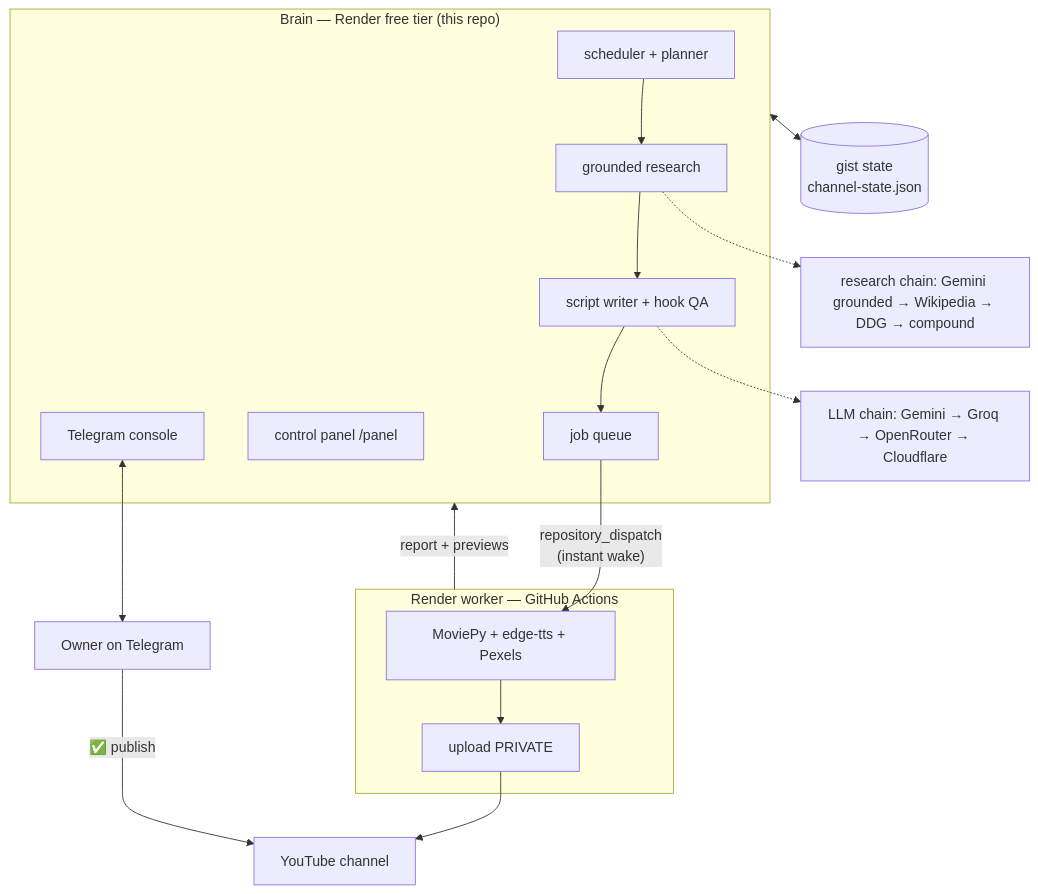
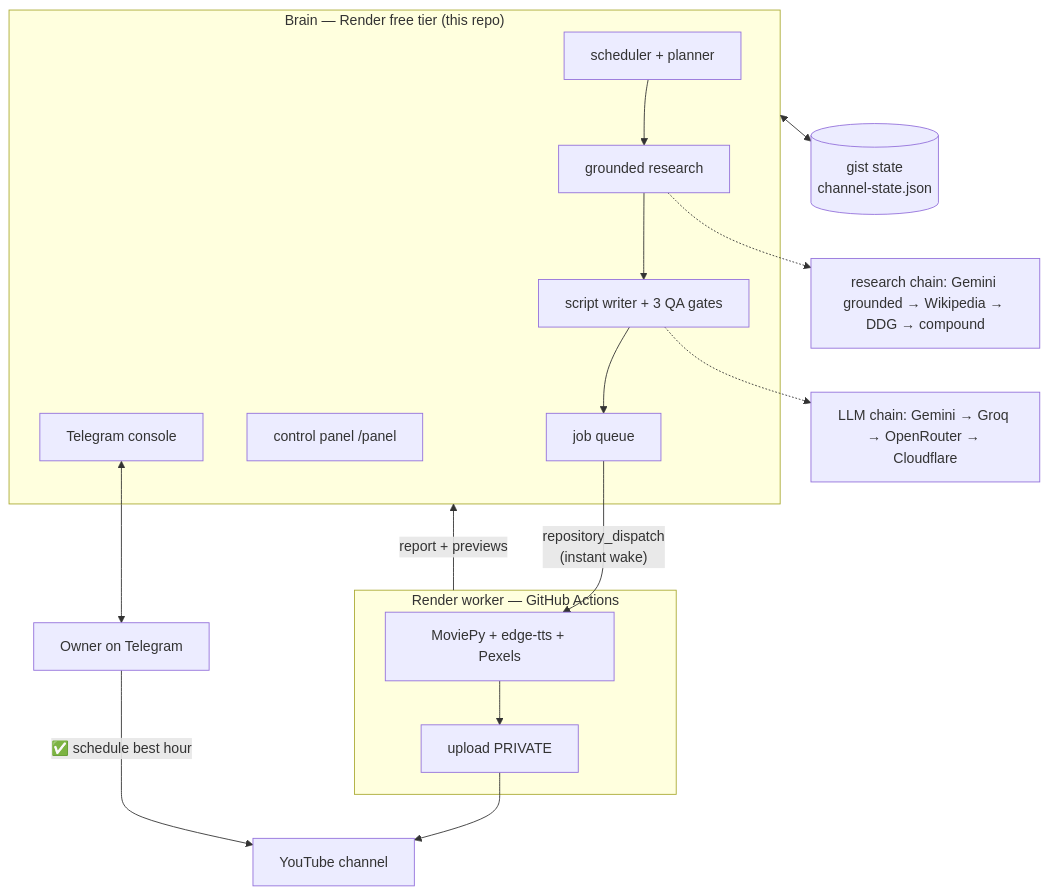
The diagram in README.md (MR-C1/hamres), drawn with Mermaid before and after one commit. The commit also changed other lines of this file and 7 other files, not shown here.

First line of the commit message:
Quality-first: 3 videos/week behind three script gates

````diff
--- a/README.md
+++ b/README.md
@@ -39,30 +50,30 @@
 ```mermaid
 flowchart TD
     subgraph BRAIN["Brain — Render free tier (this repo)"]
         PLAN[scheduler + planner]
         RES[grounded research]
-        SCR[script writer + hook QA]
+        SCR[script writer + 3 QA gates]
         QUEUE[job queue]
         PANEL["control panel /panel"]
         COMMS[Telegram console]
     end
     subgraph WORKER["Render worker — GitHub Actions"]
         REN[MoviePy + edge-tts + Pexels]
         UPL["upload PRIVATE"]
     end
     LLM["LLM chain: Gemini → Groq → OpenRouter → Cloudflare"]
     SRC["research chain: Gemini grounded → Wikipedia → DDG → compound"]
     GIST[("gist state\nchannel-state.json")]
     YT[YouTube channel]
     OWNER[Owner on Telegram]
 
     PLAN --> RES --> SCR --> QUEUE
     RES -.-> SRC
     SCR -.-> LLM
     QUEUE -- "repository_dispatch\n(instant wake)" --> REN
     REN --> UPL --> YT
-    OWNER -- "✅ publish" --> YT
+    OWNER -- "✅ schedule best hour" --> YT
     COMMS <--> OWNER
     BRAIN <--> GIST
     WORKER -- "report + previews" --> BRAIN
 ```
````
